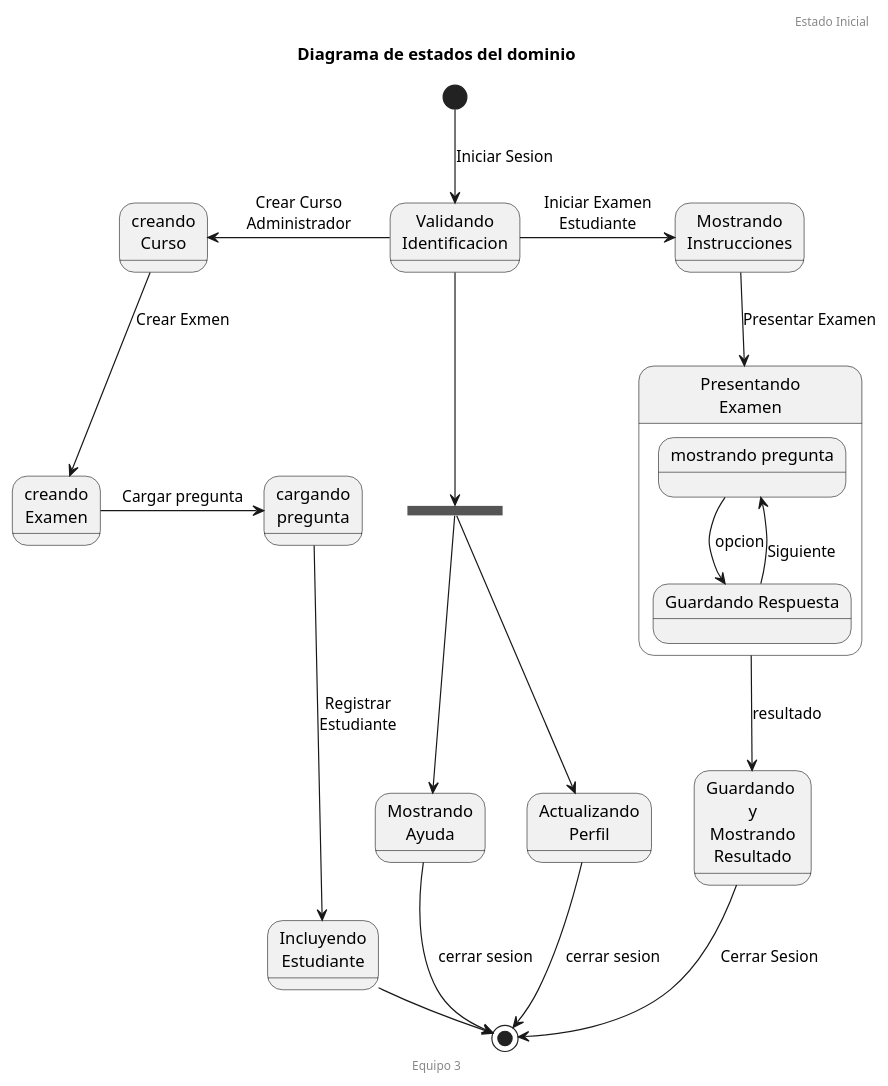
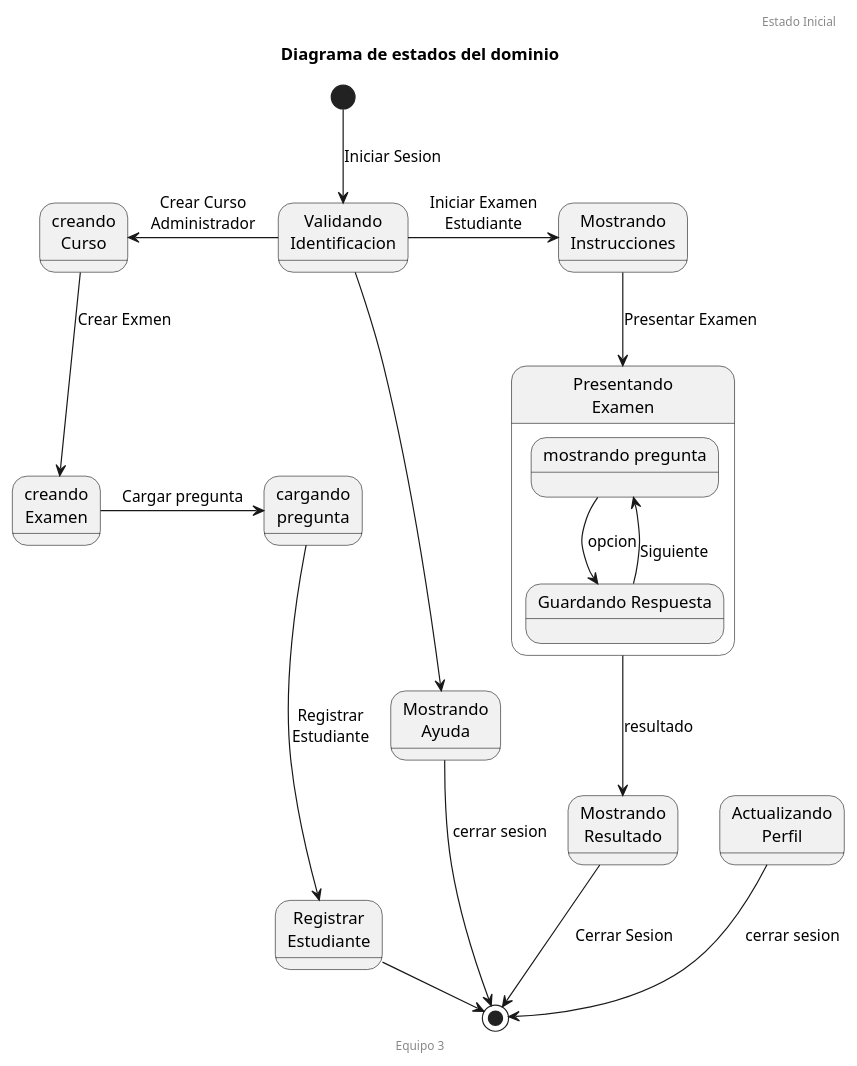
One commit to febres35/EdTech_IS changed the diagram in docs/scenariosView/diagramaEstados.plantuml. Above: the diagram before and after it, drawn with PlantUML.

Commit message:
cambios sugeridos por Daniel DIagrama de Estado

```diff
--- a/docs/scenariosView/diagramaEstados.plantuml
+++ b/docs/scenariosView/diagramaEstados.plantuml
@@ -1,50 +1,50 @@
 @startuml Diagrama de Estado
 
 
 header Estado Inicial
 footer Equipo 3
 title "Diagrama de estados del dominio"
 
 
 
 
 state "Validando\nIdentificacion" as vi
 state  "creando\nCurso" as gc
 state  "creando\nExamen" as ge
 state  "cargando\npregunta" as cp
 
 state "Mostrando\nInstrucciones" as mi
 state "Presentando\nExamen" as ee{
     state "mostrando pregunta" as mp
     state "Guardando Respuesta" as gp
     mp --> gp: opcion
     gp --> mp: \nSiguiente
 }
-state "Guardando \ny\nMostrando\nResultado" as gr
+state "Mostrando\nResultado" as gr
 state "Actualizando\nPerfil" as ap
 state "Mostrando\nAyuda" as ma
-state "Incluyendo\nEstudiante" as ie
-state finAd <<join>>
+state "Registrar\nEstudiante" as ie
+'state finAd <<join>>
 
 [*] --> vi: Iniciar Sesion
 vi -left-> gc: Crear Curso\nAdministrador
 gc --> ge: Crear Exmen
 ge -right-> cp: Cargar pregunta
 cp --> ie: Registrar\nEstudiante
-vi --> finAd
-finAd --> ma
-finAd --> ap
+vi --> ma
+'finAd --> ma
+'finAd --> ap
 
 
 ma --> [*]: cerrar sesion
 ap --> [*]: cerrar sesion
 ie -right-> [*] : cerrar sesion
 
  
 
 vi -right-> mi: Iniciar Examen\nEstudiante
 mi --> ee: Presentar Examen
 ee --> gr: resultado
 gr --> [*]:  Cerrar Sesion
 
 @enduml
```
